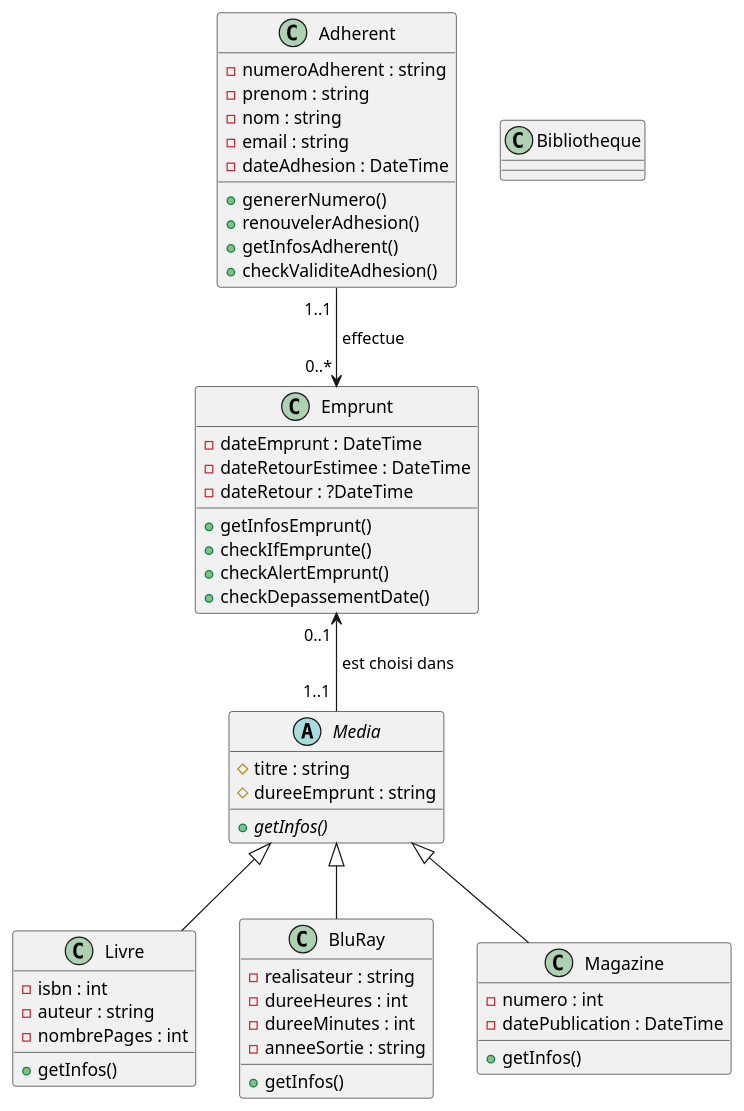
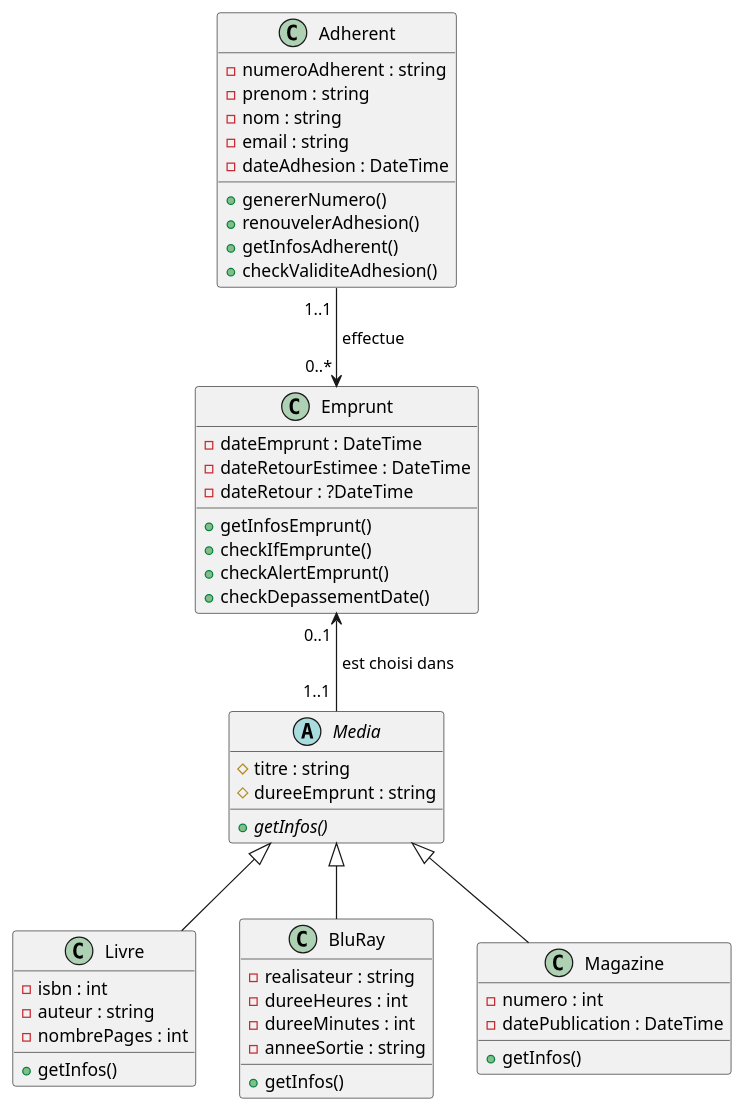
One commit to nathanpierret/php-bibliotheque changed the diagram in documentation/Diagramme_de_classes.puml. Above: the diagram before and after it, drawn with PlantUML.

Commit message:
Modifs Diagramme Classes

```diff
--- a/documentation/Diagramme_de_classes.puml
+++ b/documentation/Diagramme_de_classes.puml
@@ -1,62 +1,58 @@
 @startuml
 'https://plantuml.com/class-diagram
 
 abstract class Media {
 #titre : string
 #dureeEmprunt : string
 {abstract} +getInfos()
 }
 
 class Livre {
 -isbn : int
 -auteur : string
 -nombrePages : int
 +getInfos()
 }
 
 class BluRay {
 -realisateur : string
 -dureeHeures : int
 -dureeMinutes : int
 -anneeSortie : string
 +getInfos()
 }
 
 class Magazine {
 -numero : int
 -datePublication : DateTime
 +getInfos()
 }
 
 class Adherent {
 -numeroAdherent : string
 -prenom : string
 -nom : string
 -email : string
 -dateAdhesion : DateTime
 +genererNumero()
 +renouvelerAdhesion()
 +getInfosAdherent()
 +checkValiditeAdhesion()
 }
 
 class Emprunt {
 -dateEmprunt : DateTime
 -dateRetourEstimee : DateTime
 -dateRetour : ?DateTime
 +getInfosEmprunt()
 +checkIfEmprunte()
 +checkAlertEmprunt()
 +checkDepassementDate()
 }
 
-class Bibliotheque {
-
-}
-
 Media <|-- Livre
 Media <|-- Magazine
 Media <|-- BluRay
 Adherent "1..1 " --> "0..* " Emprunt : " effectue"
 Emprunt "0..1 " <-- "1..1 " Media : " est choisi dans"
 @enduml
```
